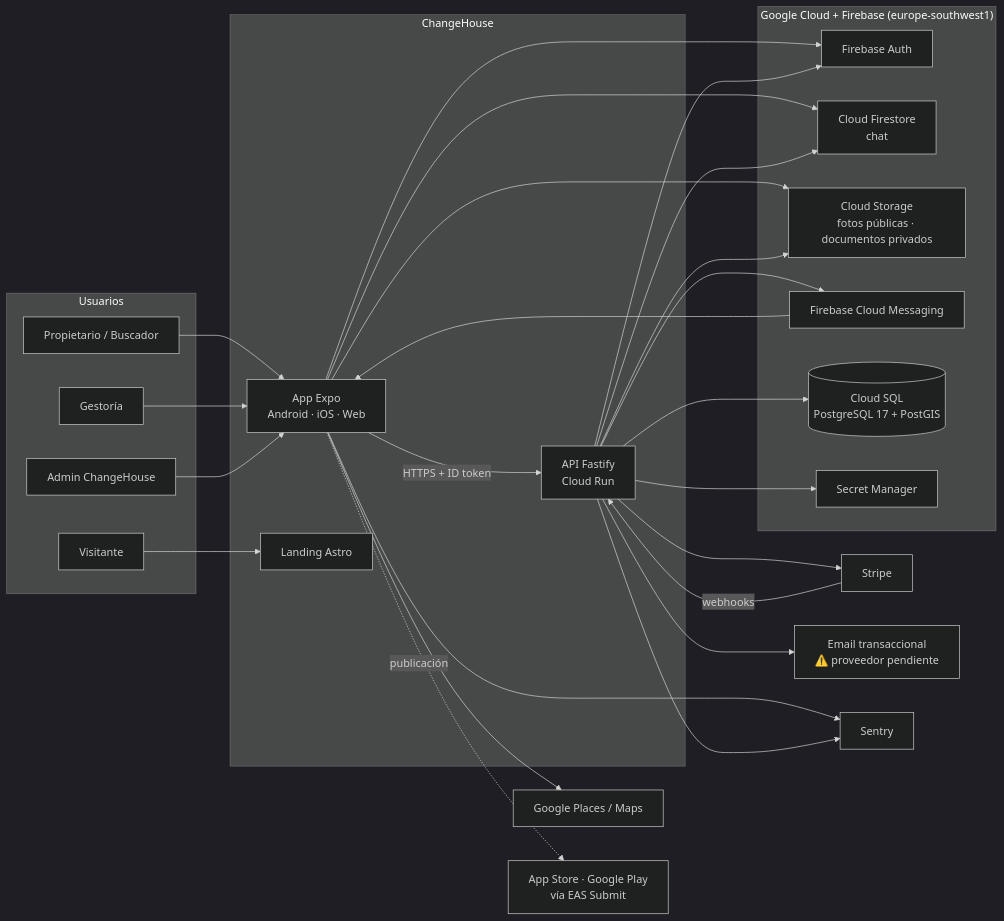
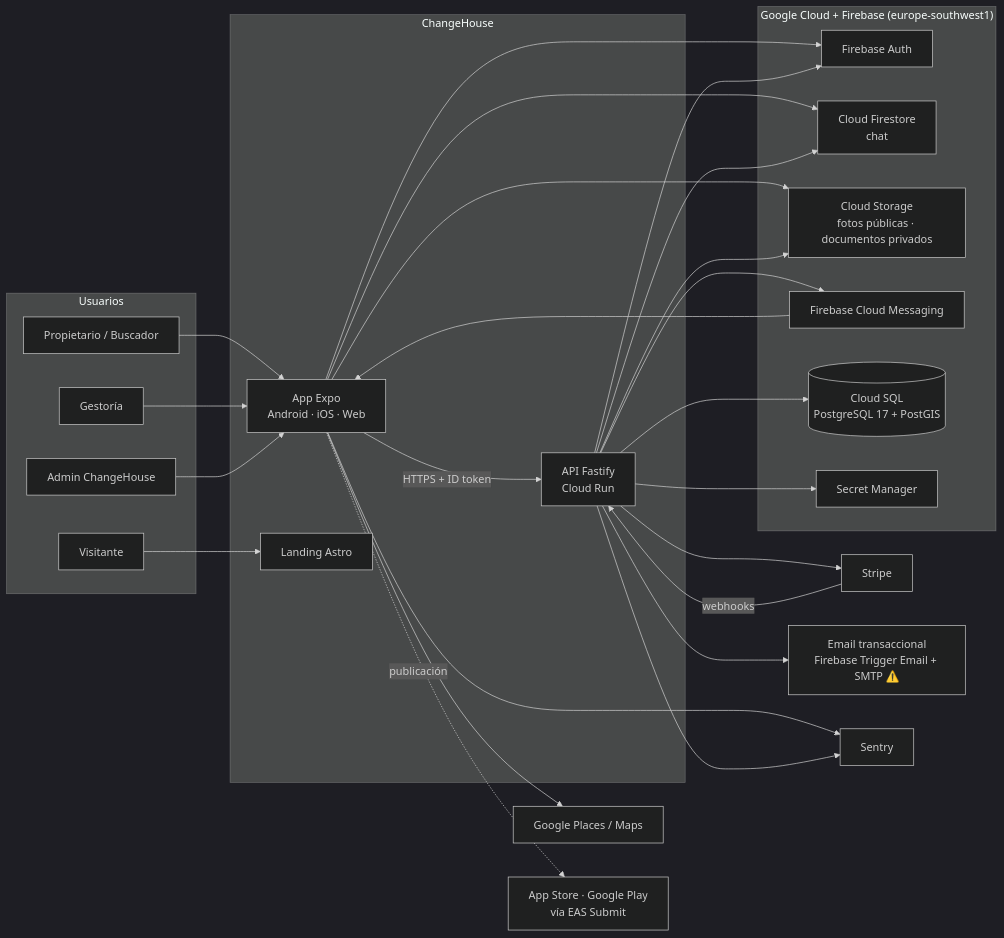
Before and after one commit to lcasadov/ChangeHouse: the first of 6 diagrams in docs/architecture.md, drawn with Mermaid (dark theme). The commit also changed other lines of this file and 11 other files, not shown here.

````diff
--- a/docs/architecture.md
+++ b/docs/architecture.md
@@ -13,53 +13,53 @@
 ```mermaid
 flowchart LR
     subgraph Usuarios
       VIS[Visitante]
       PRO[Propietario / Buscador]
       GES[Gestoría]
       ADM[Admin ChangeHouse]
     end
 
     subgraph ChangeHouse
       APP[App Expo<br/>Android · iOS · Web]
       LAN[Landing Astro]
       API[API Fastify<br/>Cloud Run]
     end
 
     subgraph Google["Google Cloud + Firebase (europe-southwest1)"]
       AUTH[Firebase Auth]
       FS[Cloud Firestore<br/>chat]
       GCS[Cloud Storage<br/>fotos públicas · documentos privados]
       FCM[Firebase Cloud Messaging]
       SQL[(Cloud SQL<br/>PostgreSQL 17 + PostGIS)]
       SM[Secret Manager]
     end
 
     STRIPE[Stripe]
-    MAIL[Email transaccional<br/>⚠️ proveedor pendiente]
+    MAIL[Email transaccional<br/>Firebase Trigger Email + SMTP ⚠️]
     SENTRY[Sentry]
     PLACES[Google Places / Maps]
     STORES[App Store · Google Play<br/>vía EAS Submit]
 
     VIS --> LAN
     PRO --> APP
     GES --> APP
     ADM --> APP
     APP --> AUTH
     APP --> FS
     APP --> GCS
     APP --> PLACES
     APP -->|HTTPS + ID token| API
     FCM --> APP
     API --> SQL
     API --> AUTH
     API --> GCS
     API --> FCM
     API --> FS
     API --> STRIPE
     STRIPE -->|webhooks| API
     API --> MAIL
     API --> SM
     APP --> SENTRY
     API --> SENTRY
     APP -.publicación.-> STORES
 ```
````
